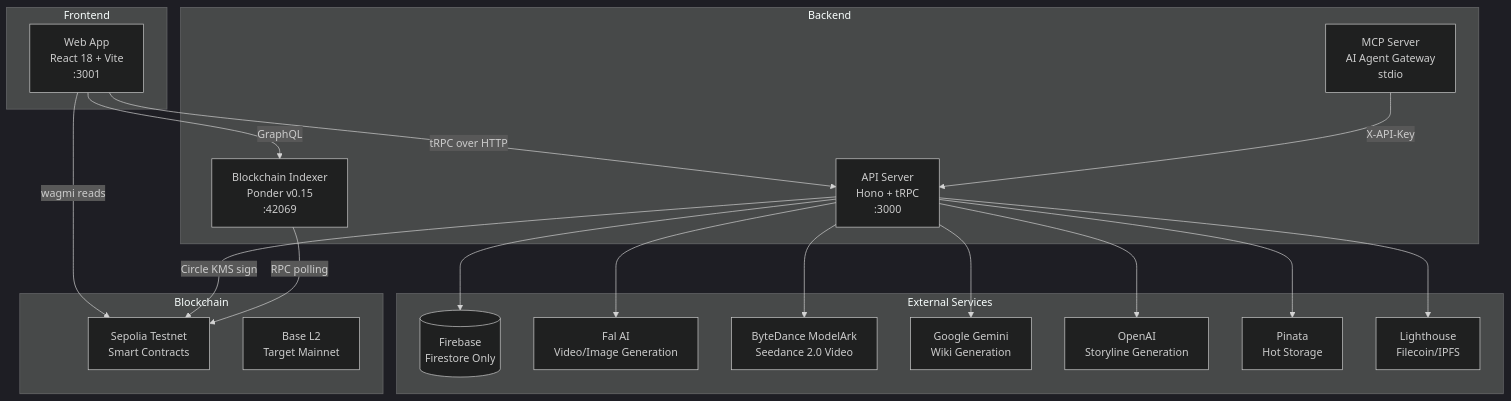
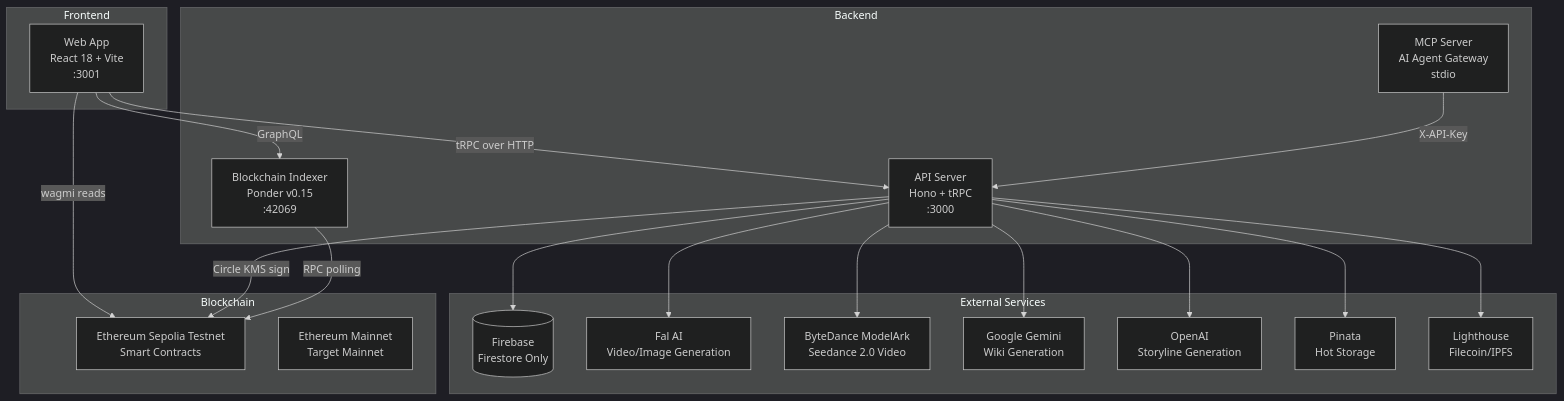
The first of 3 diagrams in docs/architecture.md (EcosystemNetwork/loar), drawn with Mermaid (dark theme) before and after one commit. The commit also changed 41 other files, not shown here.

Commit message:
docs: archive Solana bridge documentation and update mainnet readiness status to Ethereum-exclusive

````diff
--- a/docs/architecture.md
+++ b/docs/architecture.md
@@ -5,43 +5,43 @@
 ```mermaid
 graph TD
     subgraph Frontend
         WEB[Web App<br/>React 18 + Vite<br/>:3001]
     end
 
     subgraph Backend
         SERVER[API Server<br/>Hono + tRPC<br/>:3000]
         INDEXER[Blockchain Indexer<br/>Ponder v0.15<br/>:42069]
         MCP[MCP Server<br/>AI Agent Gateway<br/>stdio]
     end
 
     subgraph External Services
         FIREBASE[(Firebase<br/>Firestore Only)]
         FAL[Fal AI<br/>Video/Image Generation]
         BYTEDANCE[ByteDance ModelArk<br/>Seedance 2.0 Video]
         GEMINI[Google Gemini<br/>Wiki Generation]
         OPENAI[OpenAI<br/>Storyline Generation]
         PINATA[Pinata<br/>Hot Storage]
         LIGHTHOUSE[Lighthouse<br/>Filecoin/IPFS]
     end
 
     subgraph Blockchain
-        SEPOLIA[Sepolia Testnet<br/>Smart Contracts]
-        BASE[Base L2<br/>Target Mainnet]
+        SEPOLIA[Ethereum Sepolia Testnet<br/>Smart Contracts]
+        MAINNET[Ethereum Mainnet<br/>Target Mainnet]
     end
 
     WEB -->|tRPC over HTTP| SERVER
     WEB -->|GraphQL| INDEXER
     WEB -->|wagmi reads| SEPOLIA
     SERVER -->|Circle KMS sign| SEPOLIA
 
     SERVER --> FIREBASE
     SERVER --> FAL
     SERVER --> BYTEDANCE
     SERVER --> GEMINI
     SERVER --> OPENAI
     SERVER --> PINATA
     SERVER --> LIGHTHOUSE
     INDEXER -->|RPC polling| SEPOLIA
 
     MCP -->|X-API-Key| SERVER
 ```
````
